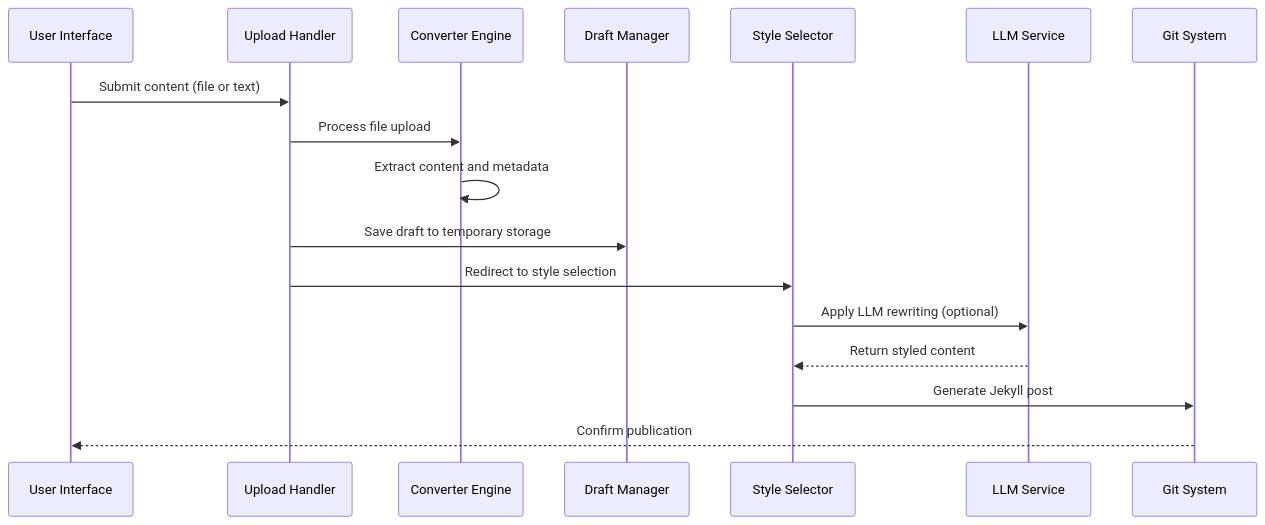
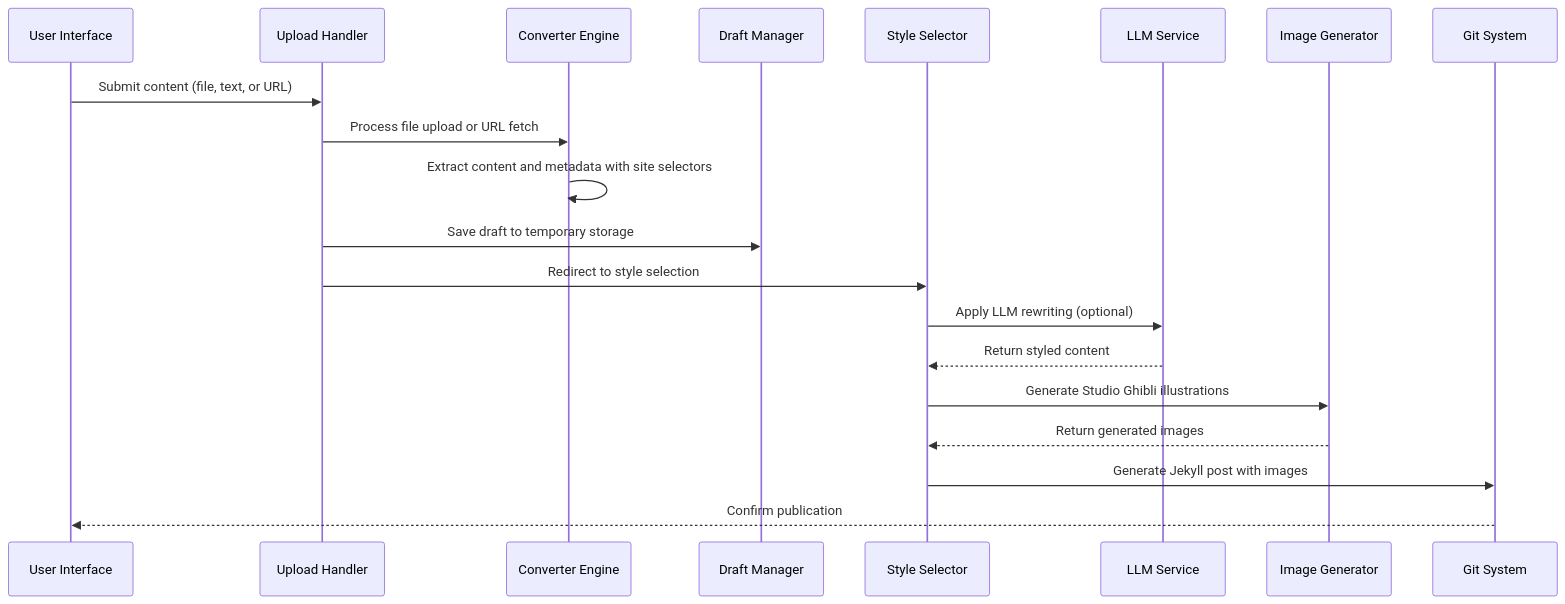
One commit to PolarisW007/PolaZhenJing changed the third of 15 diagrams in .qoder/repowiki/en/content/Backend Application/Uploader Application Enhancements.md. Above: the diagram before and after it, drawn with Mermaid. The commit also changed other lines of this file and 333 other files, not shown here.

````diff
--- a/.qoder/repowiki/en/content/Backend Application/Uploader Application Enhancements.md
+++ b/.qoder/repowiki/en/content/Backend Application/Uploader Application Enhancements.md
@@ -235,19 +284,22 @@
 ```mermaid
 sequenceDiagram
 participant U as User Interface
 participant A as Upload Handler
 participant C as Converter Engine
 participant D as Draft Manager
 participant S as Style Selector
 participant L as LLM Service
+participant I as Image Generator
 participant G as Git System
-U->>A : Submit content (file or text)
-A->>C : Process file upload
-C->>C : Extract content and metadata
+U->>A : Submit content (file, text, or URL)
+A->>C : Process file upload or URL fetch
+C->>C : Extract content and metadata with site selectors
 A->>D : Save draft to temporary storage
 A->>S : Redirect to style selection
 S->>L : Apply LLM rewriting (optional)
 L-->>S : Return styled content
-S->>G : Generate Jekyll post
+S->>I : Generate Studio Ghibli illustrations
+I-->>S : Return generated images
+S->>G : Generate Jekyll post with images
 G-->>U : Confirm publication
 ```
````
